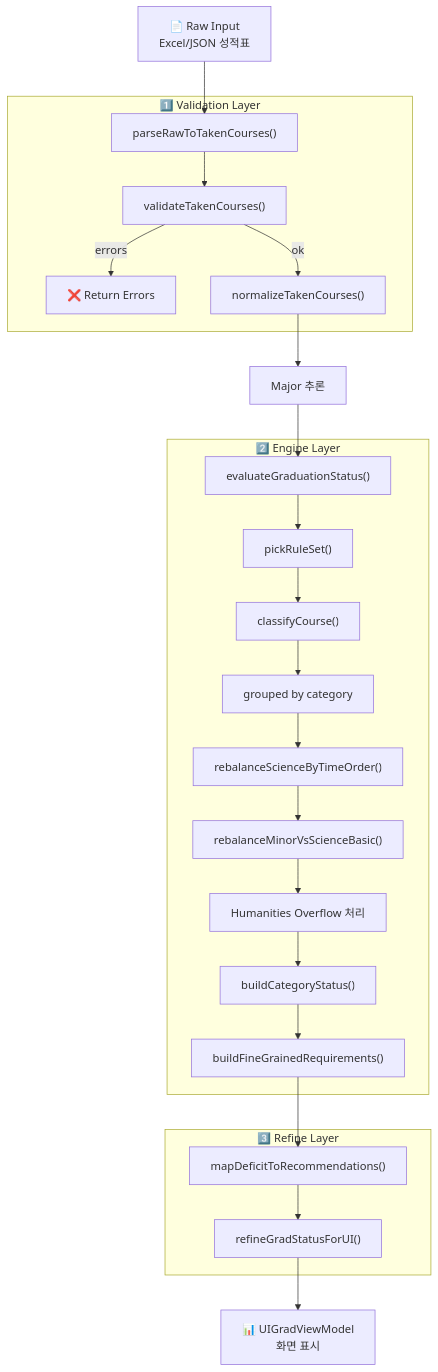
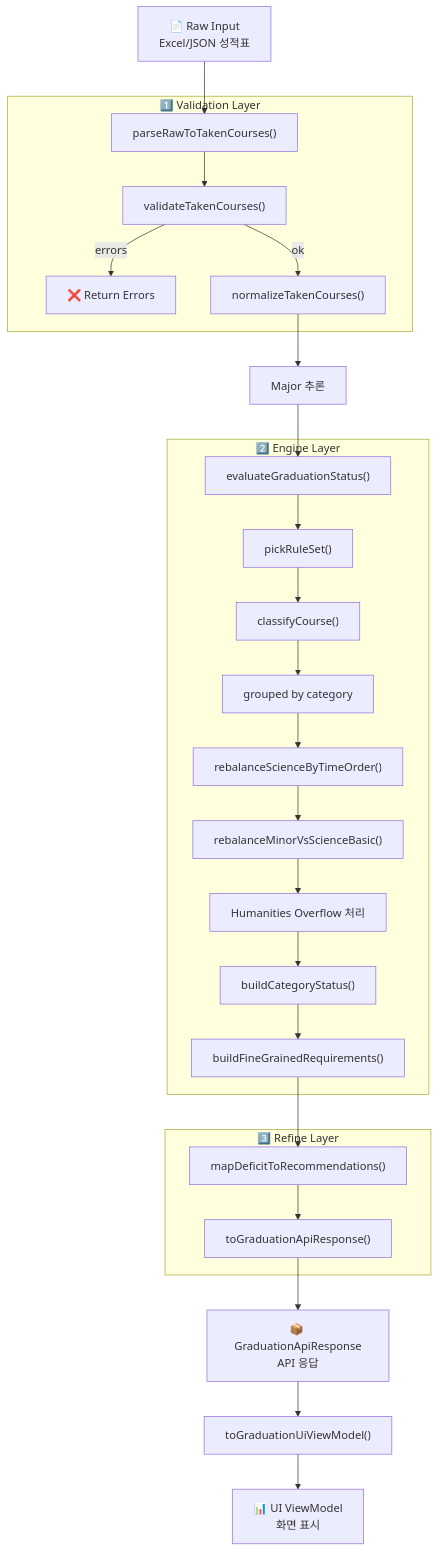
One commit to Gijol/gijol-v2 changed the diagram in features/graduation/docs/GRADUATION_LOGIC_FLOW.md. Above: the diagram before and after it, drawn with Mermaid. The commit also changed other lines of this file and 19 other files, not shown here.

Commit message:
refactor: Separate graduation API response from UI view model and add comprehensive tests for graduation logic.

````diff
--- a/features/graduation/docs/GRADUATION_LOGIC_FLOW.md
+++ b/features/graduation/docs/GRADUATION_LOGIC_FLOW.md
@@ -56,32 +56,34 @@
 ```mermaid
 flowchart TD
     A[📄 Raw Input<br/>Excel/JSON 성적표] --> B["parseRawToTakenCourses()"]
     
     subgraph VALIDATION ["1️⃣ Validation Layer"]
         B --> C["validateTakenCourses()"]
         C -->|errors| E[❌ Return Errors]
         C -->|ok| D["normalizeTakenCourses()"]
     end
     
     D --> F["Major 추론"]
     F --> G["evaluateGraduationStatus()"]
     
     subgraph ENGINE ["2️⃣ Engine Layer"]
         G --> H["pickRuleSet()"]
         H --> I["classifyCourse()"]
         I --> J["grouped by category"]
         J --> K["rebalanceScienceByTimeOrder()"]
         K --> L["rebalanceMinorVsScienceBasic()"]
         L --> M["Humanities Overflow 처리"]
         M --> N["buildCategoryStatus()"]
         N --> O["buildFineGrainedRequirements()"]
     end
     
     O --> P["mapDeficitToRecommendations()"]
     
     subgraph REFINE ["3️⃣ Refine Layer"]
-        P --> Q["refineGradStatusForUI()"]
+        P --> Q["toGraduationApiResponse()"]
     end
     
-    Q --> R[📊 UIGradViewModel<br/>화면 표시]
+    Q --> R[📦 GraduationApiResponse<br/>API 응답]
+    R --> S["toGraduationUiViewModel()"]
+    S --> T[📊 UI ViewModel<br/>화면 표시]
 ```
````
